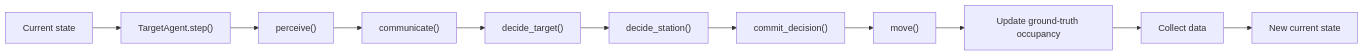
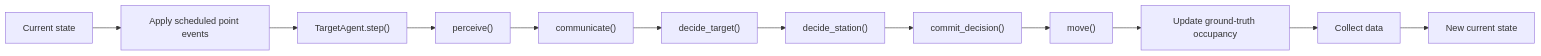
Before and after one commit to Laud15/adaptive-coverage-simulation: the first of 2 diagrams in README.md, drawn with Mermaid. The commit also changed other lines of this file and 3 other files, not shown here.

Commit message:
feat(points): add scheduled dynamic point lifecycle

````diff
--- a/README.md
+++ b/README.md
@@ -180,13 +185,14 @@
 ```mermaid
 flowchart LR
-    A["Current state"] --> B["TargetAgent.step()"]
-    B --> C["perceive()"]
-    C --> D["communicate()"]
-    D --> E["decide_target()"]
-    E --> F["decide_station()"]
-    F --> G["commit_decision()"]
-    G --> H["move()"]
-    H --> I["Update ground-truth occupancy"]
-    I --> J["Collect data"]
-    J --> K["New current state"]
+    A["Current state"] --> B["Apply scheduled point events"]
+    B --> C["TargetAgent.step()"]
+    C --> D["perceive()"]
+    D --> E["communicate()"]
+    E --> F["decide_target()"]
+    F --> G["decide_station()"]
+    G --> H["commit_decision()"]
+    H --> I["move()"]
+    I --> J["Update ground-truth occupancy"]
+    J --> K["Collect data"]
+    K --> L["New current state"]
 ```
````
